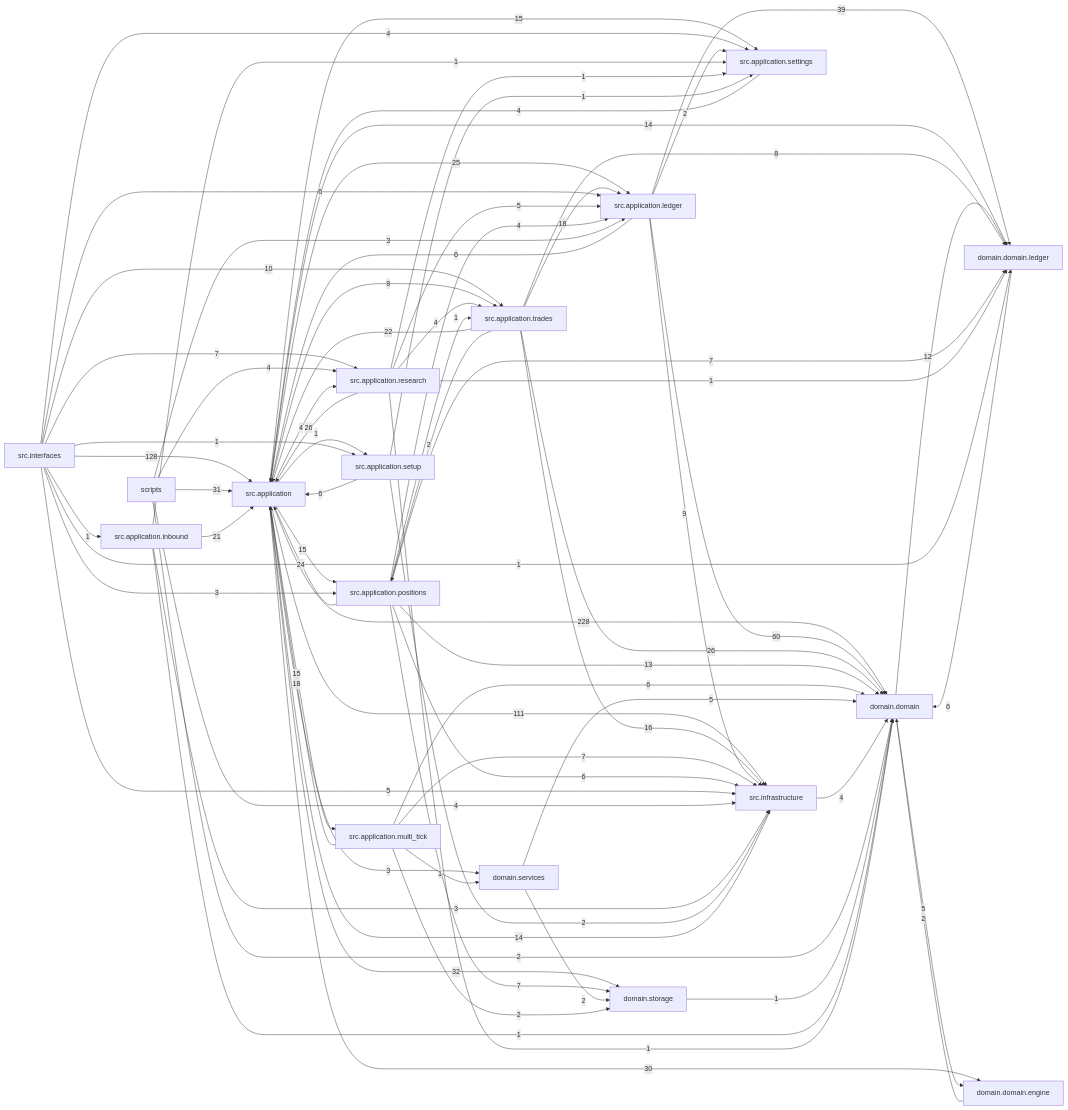
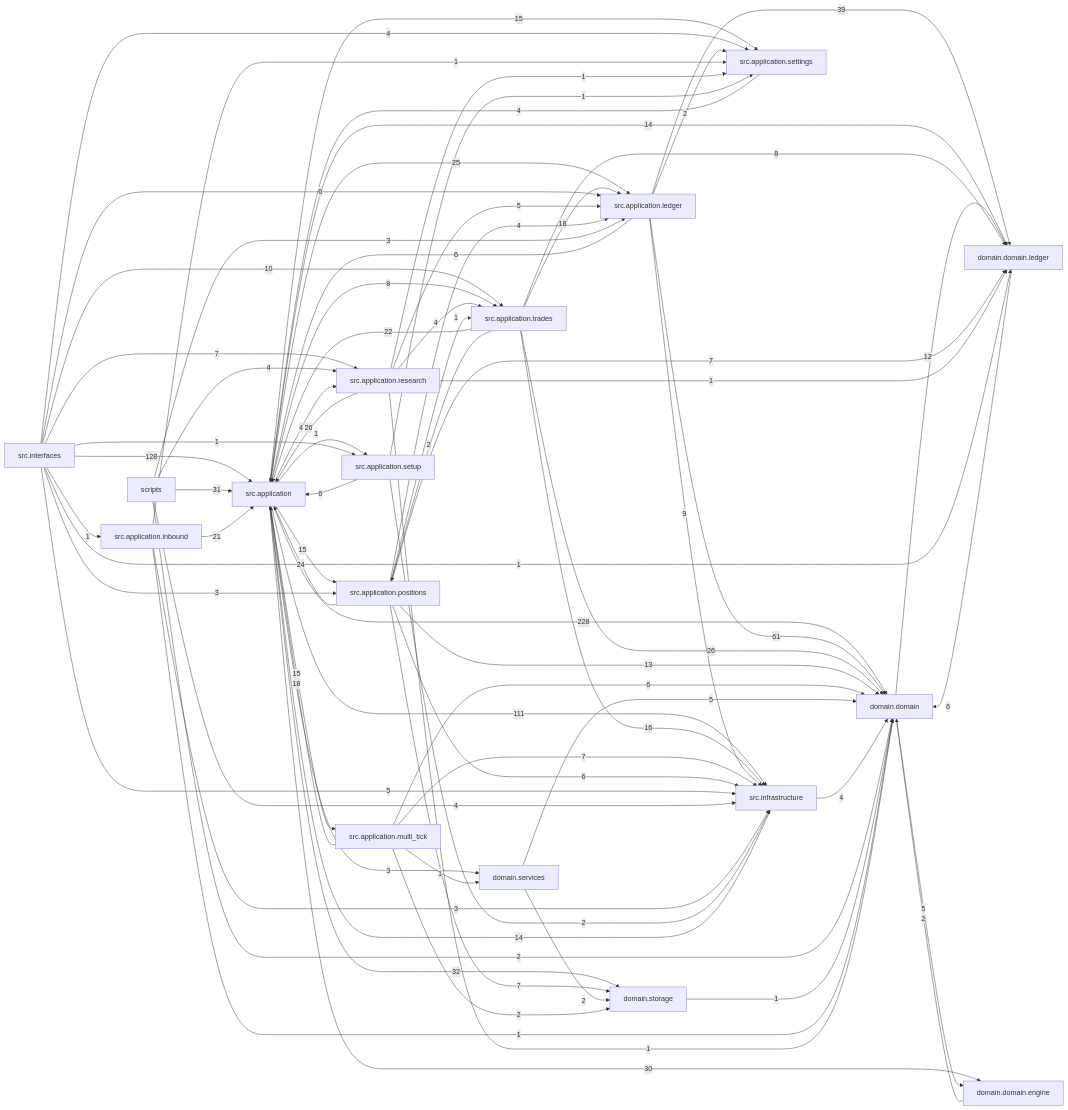
The diagram in docs/dependency_graph.mmd (liuxie066/options-monitor), drawn with Mermaid before and after one commit. The commit also changed 33 other files, not shown here.

```diff
--- a/docs/dependency_graph.mmd
+++ b/docs/dependency_graph.mmd
@@ -1,75 +1,75 @@
 flowchart LR
   src_application["src.application"] -->|228| domain_domain["domain.domain"]
   src_interfaces["src.interfaces"] -->|128| src_application["src.application"]
   src_application["src.application"] -->|111| src_infrastructure["src.infrastructure"]
-  src_application_ledger["src.application.ledger"] -->|60| domain_domain["domain.domain"]
+  src_application_ledger["src.application.ledger"] -->|61| domain_domain["domain.domain"]
   src_application_ledger["src.application.ledger"] -->|39| domain_domain_ledger["domain.domain.ledger"]
   src_application["src.application"] -->|32| domain_storage["domain.storage"]
   scripts["scripts"] -->|31| src_application["src.application"]
   src_application["src.application"] -->|30| domain_domain_engine["domain.domain.engine"]
   src_application_research["src.application.research"] -->|26| src_application["src.application"]
   src_application_trades["src.application.trades"] -->|26| domain_domain["domain.domain"]
   src_application["src.application"] -->|25| src_application_ledger["src.application.ledger"]
   src_application_positions["src.application.positions"] -->|24| src_application["src.application"]
   src_application_trades["src.application.trades"] -->|22| src_application["src.application"]
   src_application_inbound["src.application.inbound"] -->|21| src_application["src.application"]
   src_application_multi_tick["src.application.multi_tick"] -->|18| src_application["src.application"]
   src_application_trades["src.application.trades"] -->|18| src_application_ledger["src.application.ledger"]
   src_application_trades["src.application.trades"] -->|16| src_infrastructure["src.infrastructure"]
   src_application["src.application"] -->|15| src_application_multi_tick["src.application.multi_tick"]
   src_application["src.application"] -->|15| src_application_positions["src.application.positions"]
   src_application["src.application"] -->|15| src_application_settings["src.application.settings"]
   src_application["src.application"] -->|14| domain_domain_ledger["domain.domain.ledger"]
   src_infrastructure["src.infrastructure"] -->|14| src_application["src.application"]
   src_application_positions["src.application.positions"] -->|13| domain_domain["domain.domain"]
   domain_domain["domain.domain"] -->|12| domain_domain_ledger["domain.domain.ledger"]
   src_interfaces["src.interfaces"] -->|10| src_application_trades["src.application.trades"]
   src_application_ledger["src.application.ledger"] -->|9| src_infrastructure["src.infrastructure"]
   src_application["src.application"] -->|8| src_application_trades["src.application.trades"]
   src_application_trades["src.application.trades"] -->|8| domain_domain_ledger["domain.domain.ledger"]
   src_application_multi_tick["src.application.multi_tick"] -->|7| src_infrastructure["src.infrastructure"]
   src_application_positions["src.application.positions"] -->|7| domain_domain_ledger["domain.domain.ledger"]
   src_application_positions["src.application.positions"] -->|7| domain_storage["domain.storage"]
   src_interfaces["src.interfaces"] -->|7| src_application_research["src.application.research"]
   domain_domain_ledger["domain.domain.ledger"] -->|6| domain_domain["domain.domain"]
   src_application_ledger["src.application.ledger"] -->|6| src_application["src.application"]
   src_application_multi_tick["src.application.multi_tick"] -->|6| domain_domain["domain.domain"]
   src_application_positions["src.application.positions"] -->|6| src_infrastructure["src.infrastructure"]
   src_application_setup["src.application.setup"] -->|6| src_application["src.application"]
   src_interfaces["src.interfaces"] -->|6| src_application_ledger["src.application.ledger"]
   domain_domain["domain.domain"] -->|5| domain_domain_engine["domain.domain.engine"]
   domain_services["domain.services"] -->|5| domain_domain["domain.domain"]
   src_application_research["src.application.research"] -->|5| src_application_ledger["src.application.ledger"]
   src_interfaces["src.interfaces"] -->|5| src_infrastructure["src.infrastructure"]
   scripts["scripts"] -->|4| src_application_research["src.application.research"]
   scripts["scripts"] -->|4| src_infrastructure["src.infrastructure"]
   src_application["src.application"] -->|4| src_application_research["src.application.research"]
   src_application_positions["src.application.positions"] -->|4| src_application_ledger["src.application.ledger"]
   src_application_research["src.application.research"] -->|4| src_application_trades["src.application.trades"]
   src_application_settings["src.application.settings"] -->|4| src_application["src.application"]
   src_infrastructure["src.infrastructure"] -->|4| domain_domain["domain.domain"]
   src_interfaces["src.interfaces"] -->|4| src_application_settings["src.application.settings"]
   scripts["scripts"] -->|3| src_application_ledger["src.application.ledger"]
   src_application["src.application"] -->|3| domain_services["domain.services"]
   src_application_inbound["src.application.inbound"] -->|3| src_infrastructure["src.infrastructure"]
   src_interfaces["src.interfaces"] -->|3| src_application_positions["src.application.positions"]
   domain_domain_engine["domain.domain.engine"] -->|2| domain_domain["domain.domain"]
   domain_services["domain.services"] -->|2| domain_storage["domain.storage"]
   scripts["scripts"] -->|2| domain_domain["domain.domain"]
   src_application_ledger["src.application.ledger"] -->|2| src_application_settings["src.application.settings"]
   src_application_multi_tick["src.application.multi_tick"] -->|2| domain_storage["domain.storage"]
   src_application_setup["src.application.setup"] -->|2| src_infrastructure["src.infrastructure"]
   src_application_trades["src.application.trades"] -->|2| src_application_positions["src.application.positions"]
   domain_storage["domain.storage"] -->|1| domain_domain["domain.domain"]
   src_application["src.application"] -->|1| src_application_setup["src.application.setup"]
   src_application_inbound["src.application.inbound"] -->|1| domain_domain["domain.domain"]
   src_application_inbound["src.application.inbound"] -->|1| src_application_settings["src.application.settings"]
   src_application_multi_tick["src.application.multi_tick"] -->|1| domain_services["domain.services"]
   src_application_positions["src.application.positions"] -->|1| src_application_trades["src.application.trades"]
   src_application_research["src.application.research"] -->|1| domain_domain["domain.domain"]
   src_application_research["src.application.research"] -->|1| domain_domain_ledger["domain.domain.ledger"]
   src_application_research["src.application.research"] -->|1| src_application_settings["src.application.settings"]
   src_application_setup["src.application.setup"] -->|1| src_application_settings["src.application.settings"]
   src_interfaces["src.interfaces"] -->|1| domain_domain_ledger["domain.domain.ledger"]
   src_interfaces["src.interfaces"] -->|1| src_application_inbound["src.application.inbound"]
   src_interfaces["src.interfaces"] -->|1| src_application_setup["src.application.setup"]
```
